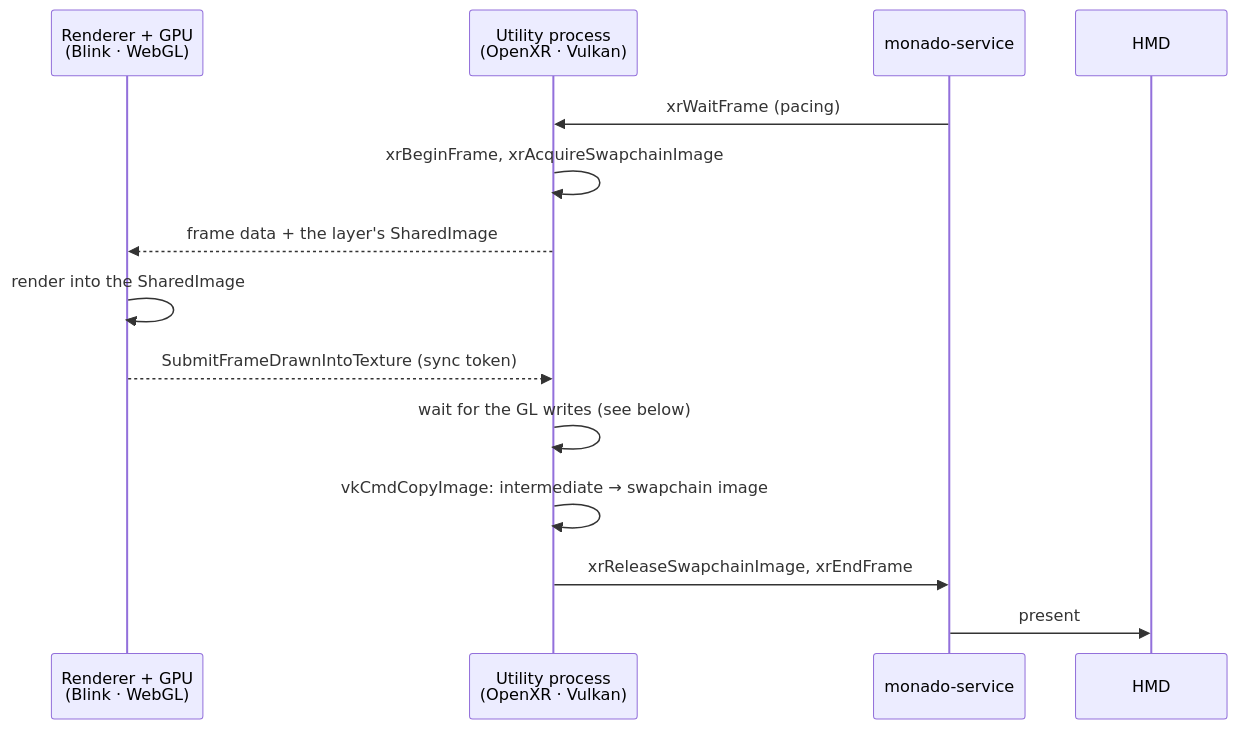
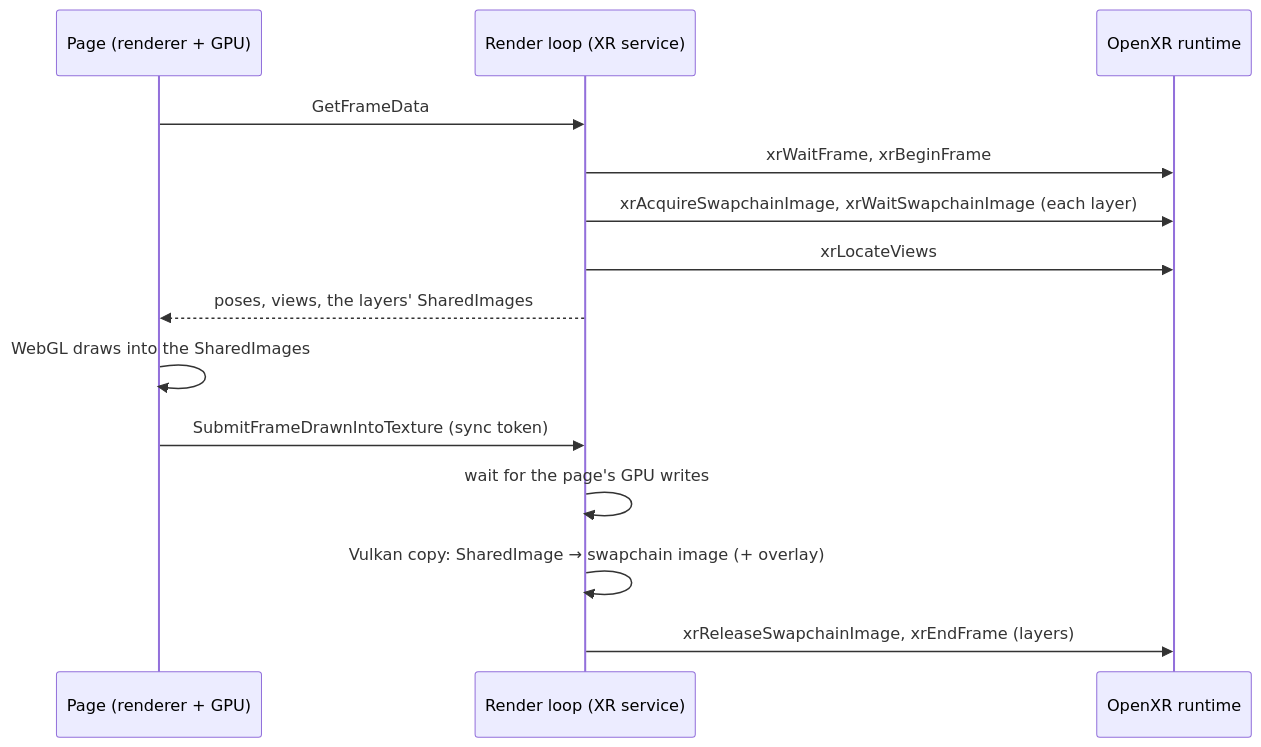
Before and after one commit to utzcoz/chromium-webxr-linux: the third of 4 diagrams in README.md, drawn with Mermaid. The commit also changed other lines of this file, not shown here.

First line of the commit message:
README: drop the old patch history and polish the architecture

````diff
--- a/README.md
+++ b/README.md
@@ -193,17 +174,17 @@
 ```mermaid
 sequenceDiagram
-    participant GL as Renderer + GPU<br/>(Blink · WebGL)
-    participant XR as Utility process<br/>(OpenXR · Vulkan)
-    participant MN as monado-service
-    participant HMD
+    participant P as Page (renderer + GPU)
+    participant L as Render loop (XR service)
+    participant X as OpenXR runtime
 
-    MN->>XR: xrWaitFrame (pacing)
-    XR->>XR: xrBeginFrame, xrAcquireSwapchainImage
-    XR-->>GL: frame data + the layer's SharedImage
-    GL->>GL: render into the SharedImage
-    GL-->>XR: SubmitFrameDrawnIntoTexture (sync token)
-    XR->>XR: wait for the GL writes (see below)
-    XR->>XR: vkCmdCopyImage: intermediate → swapchain image
-    XR->>MN: xrReleaseSwapchainImage, xrEndFrame
-    MN->>HMD: present
+    P->>L: GetFrameData
+    L->>X: xrWaitFrame, xrBeginFrame
+    L->>X: xrAcquireSwapchainImage, xrWaitSwapchainImage (each layer)
+    L->>X: xrLocateViews
+    L-->>P: poses, views, the layers' SharedImages
+    P->>P: WebGL draws into the SharedImages
+    P->>L: SubmitFrameDrawnIntoTexture (sync token)
+    L->>L: wait for the page's GPU writes
+    L->>L: Vulkan copy: SharedImage → swapchain image (+ overlay)
+    L->>X: xrReleaseSwapchainImage, xrEndFrame (layers)
 ```
````
